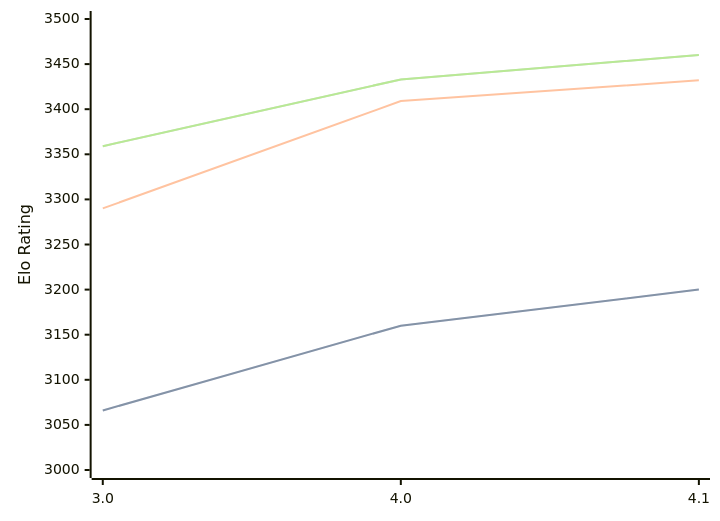
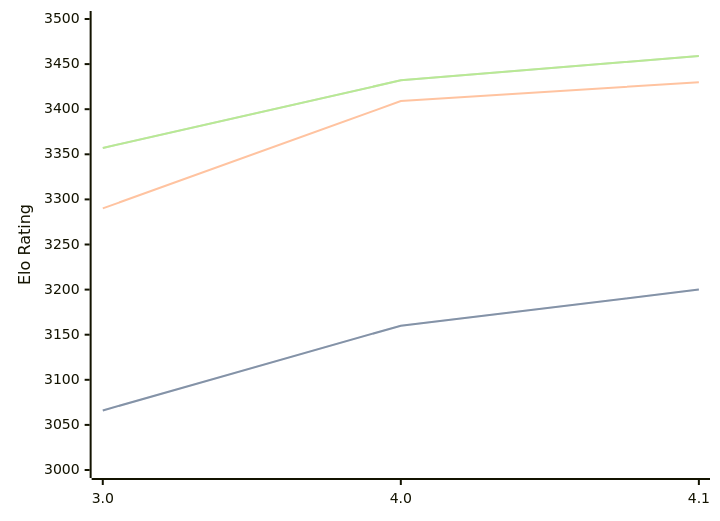
The diagram in engines/Eleanor.md (computer-chess-index/cci), drawn with Mermaid before and after one commit. The commit also changed other lines of this file, not shown here.

Commit message:
Update CCI Ratings (ELO VLTC) - 2026-04-28

````diff
--- a/engines/Eleanor.md
+++ b/engines/Eleanor.md
@@ -35,11 +35,11 @@
 ```mermaid
 %%{init: {"theme":"base","themeVariables":{"seriesColors:['#a3a3a3','#222221','#faa371']}}}%%
 xychart-beta
   x-axis ["3.0", "4.0", "4.1"]
   y-axis "Elo Rating" 3000 --> 3500
   line "STC (8.0+0.08s)" [3066, 3160, 3200]
   line "STC (8.0+0.08s)" [3066, 3160, 3200]
-  line "LTC (60.0+0.60s)" [3290, 3409, 3432]
-  line "VLTC (2m24s+1.12s)" [3359, 3433, 3460]
-  line "VLTC (2m24s+1.12s)" [3359, 3433, 3460]
+  line "LTC (60.0+0.60s)" [3290, 3409, 3430]
+  line "VLTC (2m24s+1.12s)" [3357, 3432, 3459]
+  line "VLTC (2m24s+1.12s)" [3357, 3432, 3459]
 ```
````
